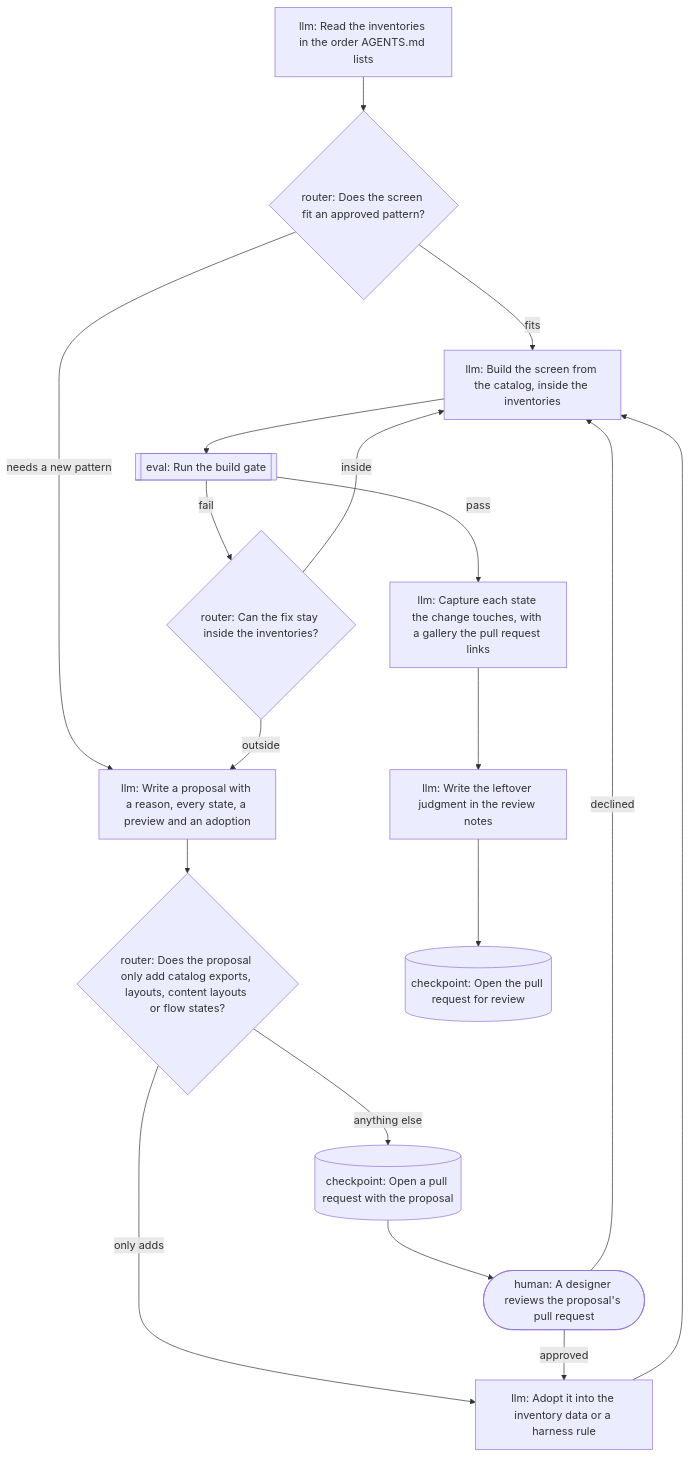
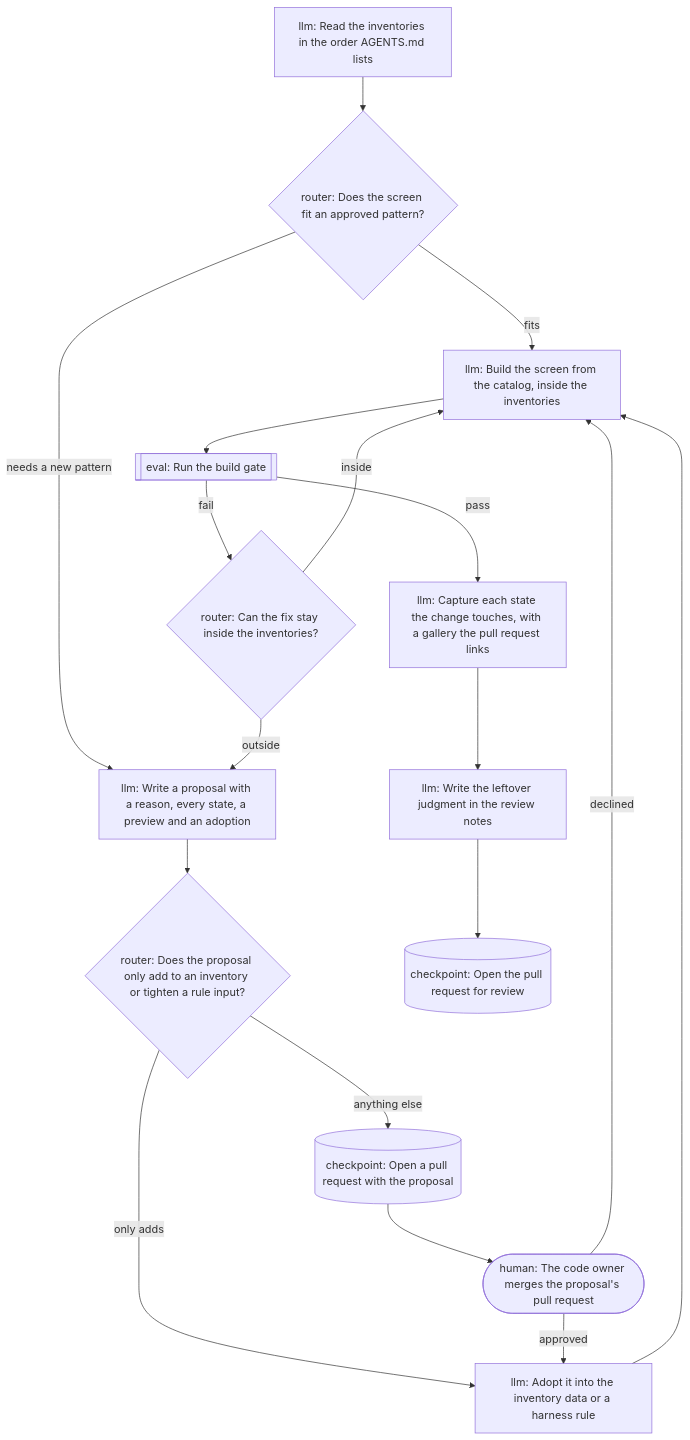
Before and after one commit to tounsoo/agent-design-loop: the third of 7 diagrams in packages/harness/docs/how-it-works.md, drawn with Mermaid. The commit also changed other lines of this file and 31 other files, not shown here.

First line of the commit message:
Adopt right-sized governance: one pull request for what adds or tightens

````diff
--- a/packages/harness/docs/how-it-works.md
+++ b/packages/harness/docs/how-it-works.md
@@ -99,33 +99,33 @@
 ```mermaid
 flowchart TB
   n_read["llm: Read the inventories in the order AGENTS.md lists"]
   n_route{"router: Does the screen fit an approved pattern?"}
   n_build["llm: Build the screen from the catalog, inside the inventories"]
   n_checks[["eval: Run the build gate"]]
   n_triage{"router: Can the fix stay inside the inventories?"}
   n_propose["llm: Write a proposal with a reason, every state, a preview and an adoption"]
-  n_scope{"router: Does the proposal only add catalog exports, layouts, content layouts or flow states?"}
+  n_scope{"router: Does the proposal only add to an inventory or tighten a rule input?"}
   n_proposal_pull_request[("checkpoint: Open a pull request with the proposal")]
-  n_approval(["human: A designer reviews the proposal's pull request"])
+  n_approval(["human: The code owner merges the proposal's pull request"])
   n_adopt["llm: Adopt it into the inventory data or a harness rule"]
   n_screenshots["llm: Capture each state the change touches, with a gallery the pull request links"]
   n_note["llm: Write the leftover judgment in the review notes"]
   n_pull_request[("checkpoint: Open the pull request for review")]
   n_read --> n_route
   n_route -->|fits| n_build
   n_route -->|needs a new pattern| n_propose
   n_build --> n_checks
   n_checks -->|pass| n_screenshots
   n_checks -->|fail| n_triage
   n_triage -->|inside| n_build
   n_triage -->|outside| n_propose
   n_propose --> n_scope
   n_scope -->|only adds| n_adopt
   n_scope -->|anything else| n_proposal_pull_request
   n_proposal_pull_request --> n_approval
   n_approval -->|approved| n_adopt
   n_approval -->|declined| n_build
   n_adopt --> n_build
   n_screenshots --> n_note
   n_note --> n_pull_request
 ```
````
